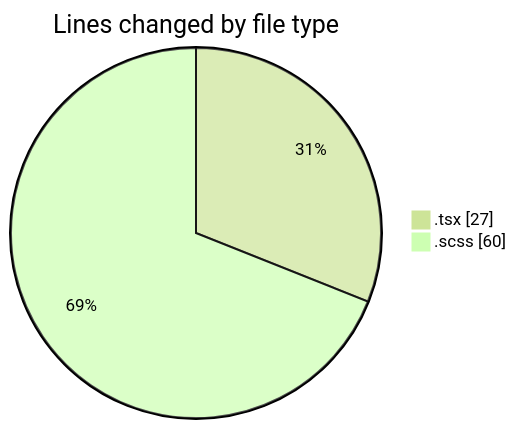
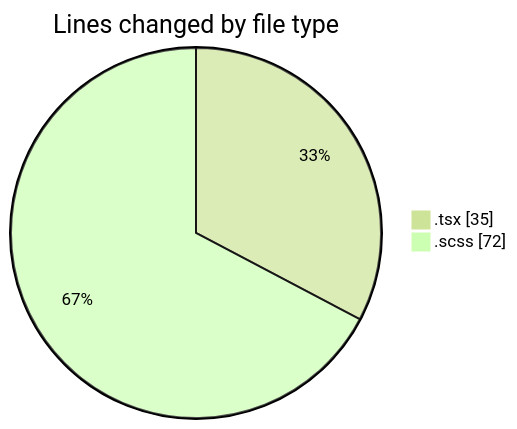
One commit to momahboobian/code-tracking changed the first of 2 diagrams in 2025-12-09/cda/README.md. Above: the diagram before and after it, drawn with Mermaid (forest theme). The commit also changed other lines of this file and 1 other file, not shown here.

````diff
--- a/2025-12-09/cda/README.md
+++ b/2025-12-09/cda/README.md
@@ -21,6 +21,6 @@
 ```mermaid
 pie showData
 title Lines changed by file type
-".tsx" : 27
-".scss" : 60
+".tsx" : 35
+".scss" : 72
 ```
````
